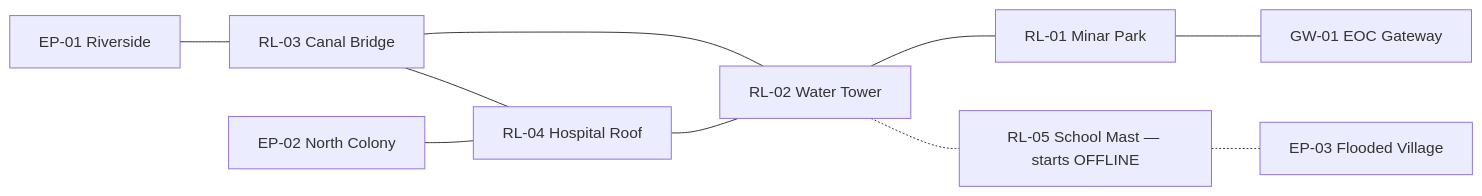
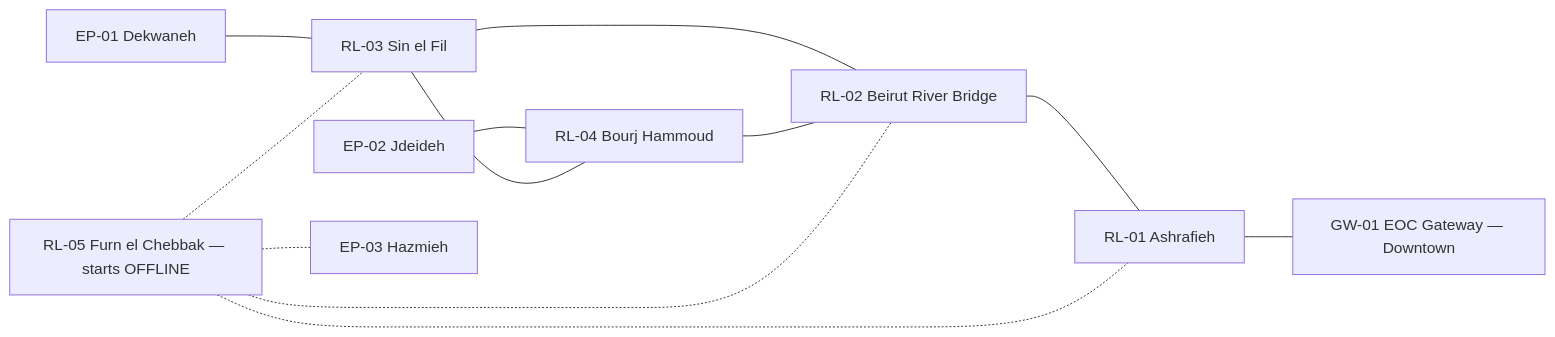
One commit to adnankhalil22/RescueMesh changed the first of 2 diagrams in docs/LORA_INTEGRATION.md. Above: the diagram before and after it, drawn with Mermaid. The commit also changed other lines of this file and 13 other files, not shown here.

````diff
--- a/docs/LORA_INTEGRATION.md
+++ b/docs/LORA_INTEGRATION.md
@@ -54,12 +58,14 @@
 ```mermaid
 flowchart LR
-  EP01[EP-01 Riverside] --- RL03[RL-03 Canal Bridge]
-  EP02[EP-02 North Colony] --- RL04[RL-04 Hospital Roof]
-  RL03 --- RL02[RL-02 Water Tower]
+  EP01[EP-01 Dekwaneh] --- RL03[RL-03 Sin el Fil]
+  EP02[EP-02 Jdeideh] --- RL04[RL-04 Bourj Hammoud]
+  RL03 --- RL02[RL-02 Beirut River Bridge]
   RL03 --- RL04
   RL04 --- RL02
-  RL02 --- RL01[RL-01 Minar Park]
-  RL01 --- GW[GW-01 EOC Gateway]
-  RL02 -.- RL05[RL-05 School Mast — starts OFFLINE]
-  RL05 -.- EP03[EP-03 Flooded Village]
+  RL02 --- RL01[RL-01 Ashrafieh]
+  RL01 --- GW[GW-01 EOC Gateway — Downtown]
+  RL05[RL-05 Furn el Chebbak — starts OFFLINE] -.- RL01
+  RL05 -.- RL02
+  RL05 -.- RL03
+  RL05 -.- EP03[EP-03 Hazmieh]
 ```
````
